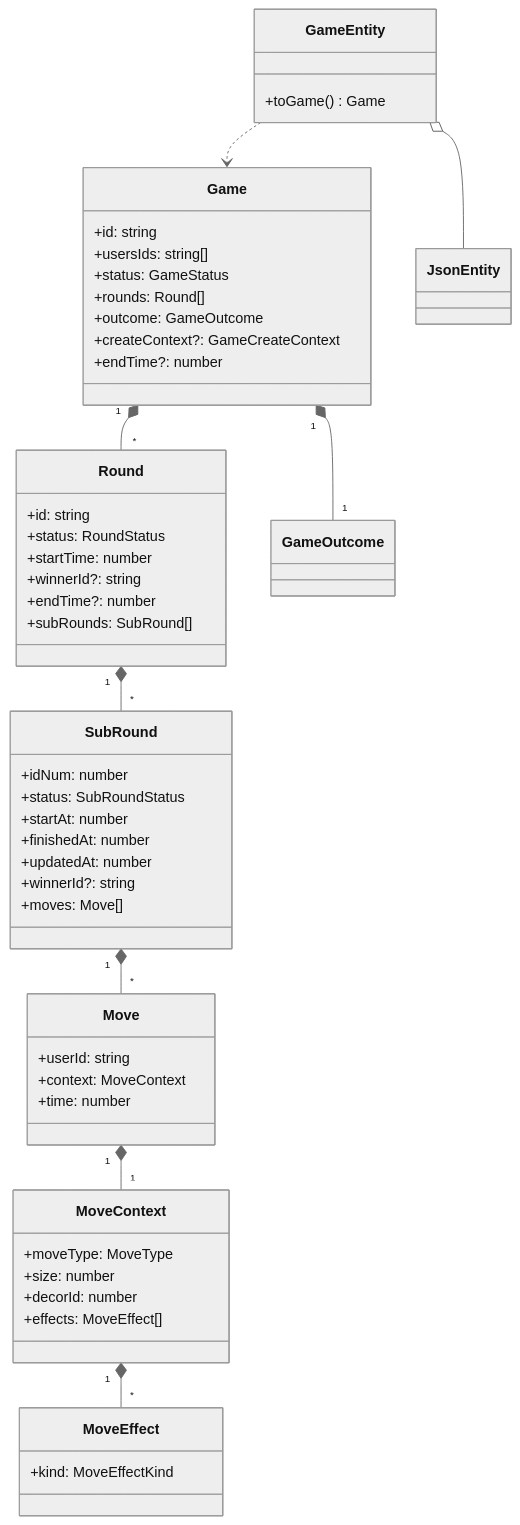
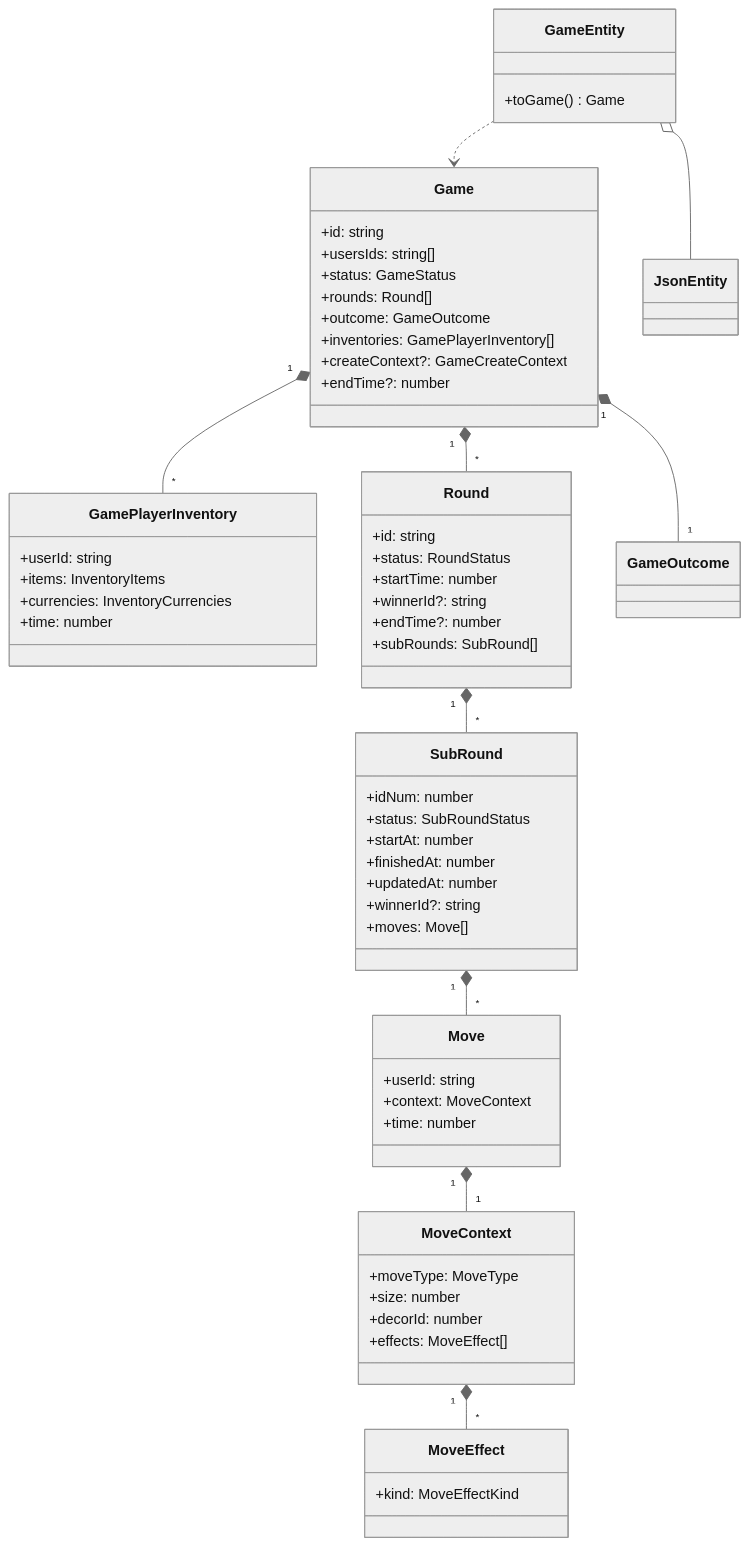
The diagram in apiv2/API_DOCUMENTATION.md (vku007/aval), drawn with Mermaid (neutral theme) before and after one commit. The commit also changed other lines of this file and 77 other files, not shown here.

Commit message:
Give each player an inventory that an extended throw spends, show a Stone, Scissors, or Paper prime for a size effect in the local match, and publish the project under Apache-2.0.

````diff
--- a/apiv2/API_DOCUMENTATION.md
+++ b/apiv2/API_DOCUMENTATION.md
@@ -82,64 +82,73 @@
 ```mermaid
 classDiagram
     class Game {
         +id: string
         +usersIds: string[]
         +status: GameStatus
         +rounds: Round[]
         +outcome: GameOutcome
+        +inventories: GamePlayerInventory[]
         +createContext?: GameCreateContext
         +endTime?: number
+    }
+
+    class GamePlayerInventory {
+        +userId: string
+        +items: InventoryItems
+        +currencies: InventoryCurrencies
+        +time: number
     }
 
     class Round {
         +id: string
         +status: RoundStatus
         +startTime: number
         +winnerId?: string
         +endTime?: number
         +subRounds: SubRound[]
     }
 
     class SubRound {
         +idNum: number
         +status: SubRoundStatus
         +startAt: number
         +finishedAt: number
         +updatedAt: number
         +winnerId?: string
         +moves: Move[]
     }
 
     class Move {
         +userId: string
         +context: MoveContext
         +time: number
     }
 
     class MoveContext {
         +moveType: MoveType
         +size: number
         +decorId: number
         +effects: MoveEffect[]
     }
 
     class MoveEffect {
         +kind: MoveEffectKind
     }
 
     class GameEntity {
         +toGame() Game
     }
 
     class JsonEntity
     class GameOutcome
 
+    Game "1" *-- "*" GamePlayerInventory
     Game "1" *-- "*" Round
     Round "1" *-- "*" SubRound
     SubRound "1" *-- "*" Move
     Move "1" *-- "1" MoveContext
     MoveContext "1" *-- "*" MoveEffect
     Game "1" *-- "1" GameOutcome
     GameEntity ..> Game
     GameEntity o-- JsonEntity
 ```
````
